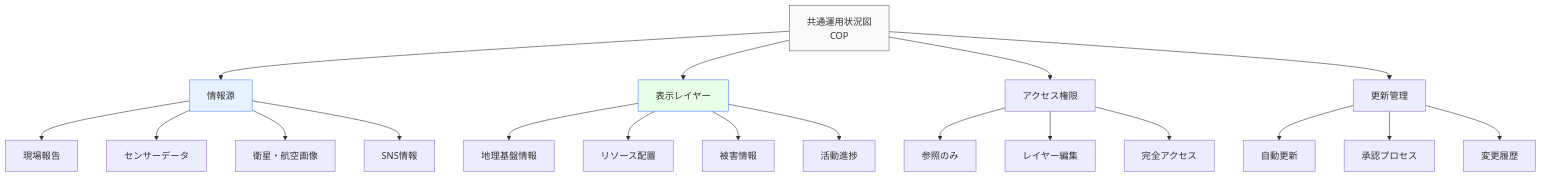
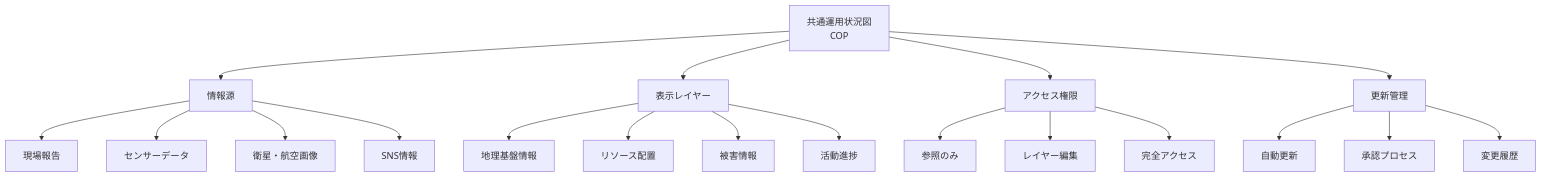
Before and after one commit to shuji-bonji/Situational-Awareness-and-Decision-Making: the ninth of 11 diagrams in docs/applications/emergency-dm.md, drawn with Mermaid. The commit also changed other lines of this file and 49 other files, not shown here.

Commit message:
fix: ダークモードで見づらい図の色の変更

````diff
--- a/docs/applications/emergency-dm.md
+++ b/docs/applications/emergency-dm.md
@@ -353,29 +353,29 @@
 ```mermaid
 graph TD
     A[共通運用状況図<br>COP] --> B[情報源]
     A --> C[表示レイヤー]
     A --> D[アクセス権限]
     A --> E[更新管理]
     
     B --> B1[現場報告]
     B --> B2[センサーデータ]
     B --> B3[衛星・航空画像]
     B --> B4[SNS情報]
     
     C --> C1[地理基盤情報]
     C --> C2[リソース配置]
     C --> C3[被害情報]
     C --> C4[活動進捗]
     
     D --> D1[参照のみ]
     D --> D2[レイヤー編集]
     D --> D3[完全アクセス]
     
     E --> E1[自動更新]
     E --> E2[承認プロセス]
     E --> E3[変更履歴]
     
-    style A fill:#f9f9f9,stroke:#666
-    style B fill:#e6f2ff,stroke:#4d94ff
-    style C fill:#e6ffe6,stroke:#4d7fff
+
+
+
 ```
````
